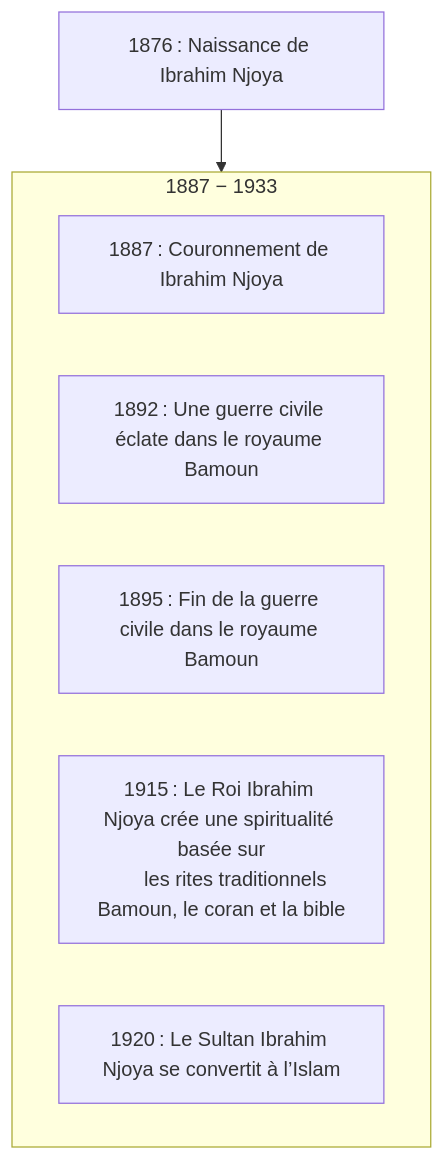
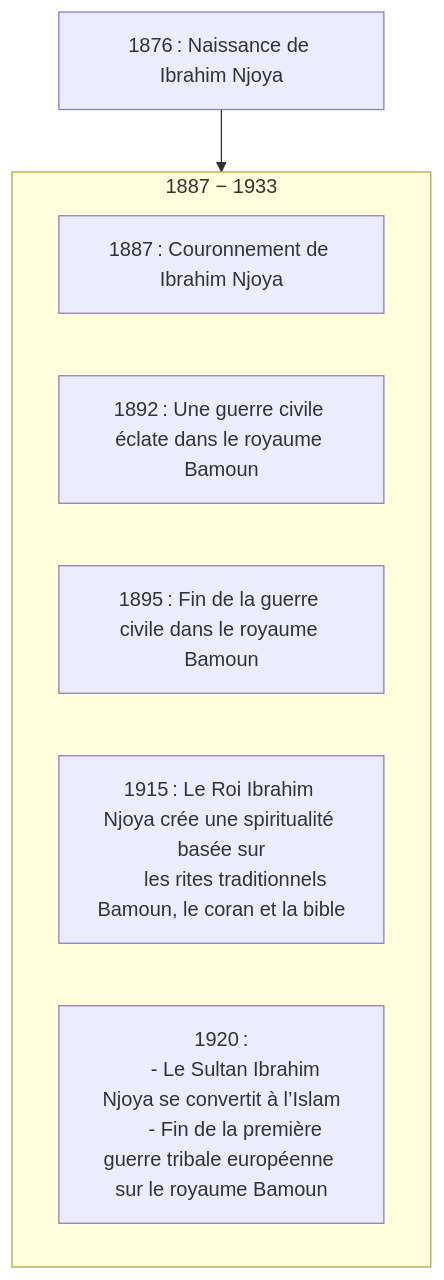
The diagram in en-cours/personnalite/homme/noble/souverain/roi/afrique/centre/bamoun/ibrahim-njoya.md (ba-moun/Ba-Moun-Save), drawn with Mermaid before and after one commit. The commit also changed other lines of this file, not shown here.

Commit message:
docs: update en-cours/personnalite/homme/noble/souverain/roi/afrique/centre/bamoun/ibrahim-njoya

````diff
--- a/en-cours/personnalite/homme/noble/souverain/roi/afrique/centre/bamoun/ibrahim-njoya.md
+++ b/en-cours/personnalite/homme/noble/souverain/roi/afrique/centre/bamoun/ibrahim-njoya.md
@@ -27,20 +27,22 @@
 ```mermaid
 flowchart TB
 
    birth["1876 : Naissance de Ibrahim Njoya"]
    
    subgraph reign["1887 − 1933"]
       coronation["1887 : Couronnement de Ibrahim Njoya"]
       
       civilWarBegining["1892 : Une guerre civile éclate dans le royaume Bamoun"]
       civilWarEnd["1895 : Fin de la guerre civile dans le royaume Bamoun"]
       
       spirituality["1915 : Le Roi Ibrahim Njoya crée une spiritualité basée sur
       les rites traditionnels Bamoun, le coran et la bible"]
       
-      conversion["1920 : Le Sultan Ibrahim Njoya se convertit à l’Islam"]
+      conversion["1920 :
+      - Le Sultan Ibrahim Njoya se convertit à l’Islam
+      - Fin de la première guerre tribale européenne sur le royaume Bamoun"]
    end
    
    birth --> reign
    
 ```
````
